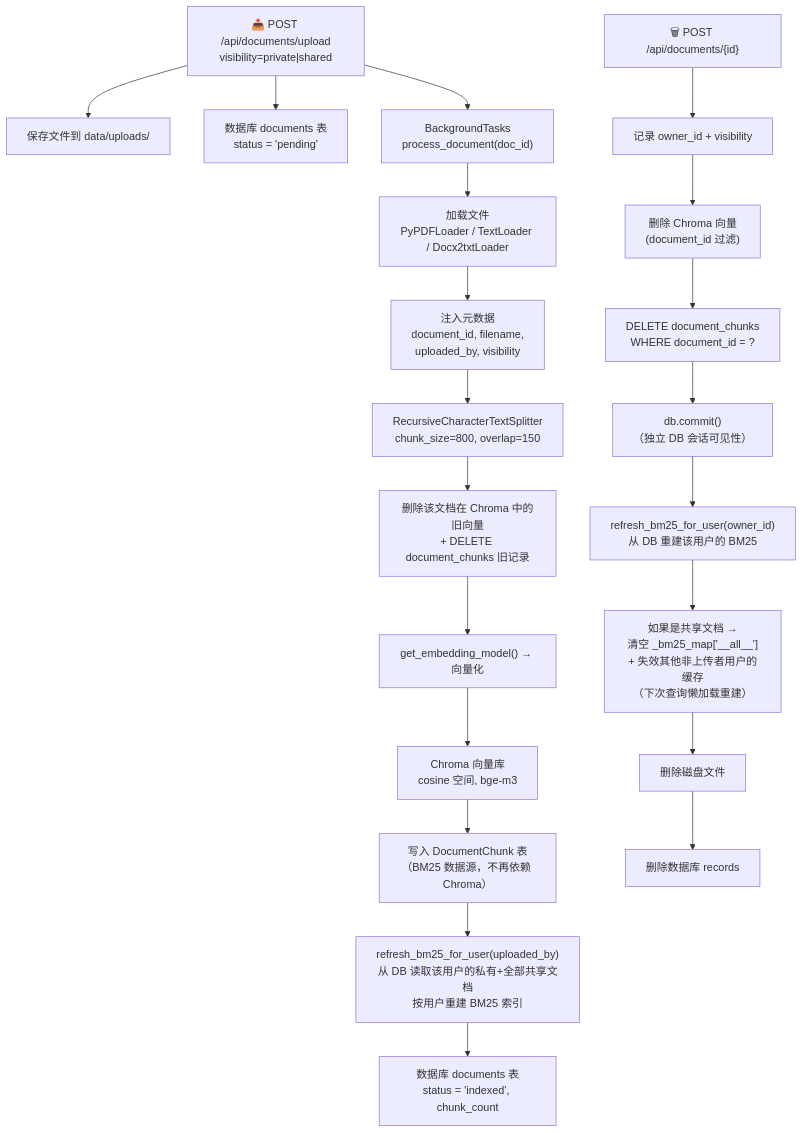
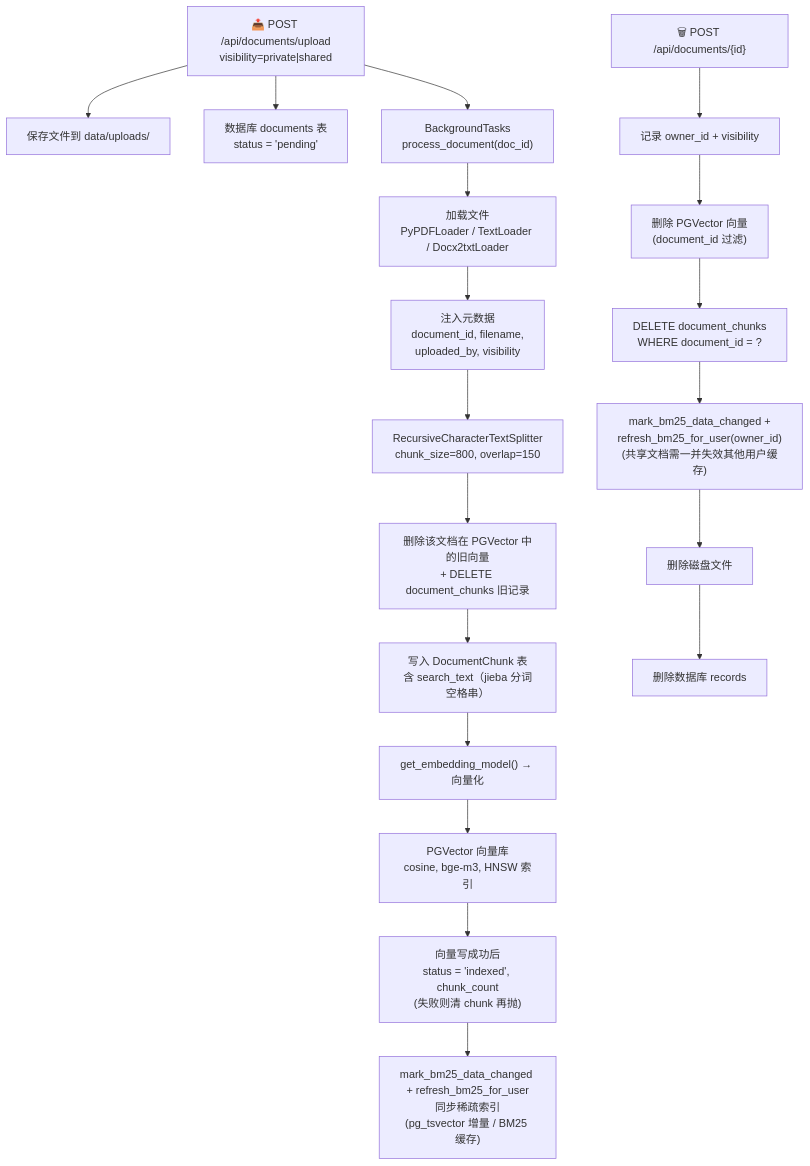
One commit to zqc1661586344/zz-demand-system changed the first of 6 diagrams in docs/RAG.md. Above: the diagram before and after it, drawn with Mermaid. The commit also changed other lines of this file, not shown here.

Commit message:
修改rag流程图

````diff
--- a/docs/RAG.md
+++ b/docs/RAG.md
@@ -22,50 +22,46 @@
 ```mermaid
 flowchart TD
     Upload["📤 POST /api/documents/upload<br/>visibility=private|shared"]
     SaveDisk["保存文件到 data/uploads/"]
     DBCreate["数据库 documents 表<br/>status = 'pending'"]
     BGTask["BackgroundTasks<br/>process_document(doc_id)"]
     Load["加载文件<br/>PyPDFLoader / TextLoader / Docx2txtLoader"]
     Meta["注入元数据<br/>document_id, filename,<br/>uploaded_by, visibility"]
     Split["RecursiveCharacterTextSplitter<br/>chunk_size=800, overlap=150"]
-    CleanOld["删除该文档在 Chroma 中的旧向量<br/>+ DELETE document_chunks 旧记录"]
+    CleanOld["删除该文档在 PGVector 中的旧向量<br/>+ DELETE document_chunks 旧记录"]
+    ChunkDB["写入 DocumentChunk 表<br/>含 search_text（jieba 分词空格串）"]
     Embed["get_embedding_model() → 向量化"]
-    Chroma["Chroma 向量库<br/>cosine 空间, bge-m3"]
-    ChunkDB["写入 DocumentChunk 表<br/>（BM25 数据源，不再依赖 Chroma）"]
-    BM25Build["refresh_bm25_for_user(uploaded_by)<br/>从 DB 读取该用户的私有+全部共享文档<br/>按用户重建 BM25 索引"]
-    DBUpdate["数据库 documents 表<br/>status = 'indexed', chunk_count"]
+    PGVector["PGVector 向量库<br/>cosine, bge-m3, HNSW 索引"]
+    StatusIndexed["向量写成功后<br/>status = 'indexed', chunk_count<br/>(失败则清 chunk 再抛)"]
+    SparseSync["mark_bm25_data_changed + refresh_bm25_for_user<br/>同步稀疏索引<br/>(pg_tsvector 增量 / BM25 缓存)"]
 
     Delete["🗑 POST /api/documents/{id}"]
     DeleteGetOwner["记录 owner_id + visibility"]
-    DeleteChroma["删除 Chroma 向量<br/>(document_id 过滤)"]
+    DeletePGVector["删除 PGVector 向量<br/>(document_id 过滤)"]
     DeleteChunk["DELETE document_chunks<br/>WHERE document_id = ?"]
-    DeleteCommit["db.commit()<br/>（独立 DB 会话可见性）"]
-    DeleteBM25["refresh_bm25_for_user(owner_id)<br/>从 DB 重建该用户的 BM25"]
-    DeleteShared["如果是共享文档 →<br/>清空 _bm25_map['__all__']<br/>+ 失效其他非上传者用户的缓存<br/>（下次查询懒加载重建）"]
+    DeleteSparse["mark_bm25_data_changed +<br/>refresh_bm25_for_user(owner_id)<br/>(共享文档需一并失效其他用户缓存)"]
     DeleteFile["删除磁盘文件"]
     DeleteDB["删除数据库 records"]
 
     %% 上传流程
     Upload --> SaveDisk
     Upload --> DBCreate
     Upload --> BGTask
     BGTask --> Load
     Load --> Meta
     Meta --> Split
     Split --> CleanOld
-    CleanOld --> Embed
-    Embed --> Chroma
-    Chroma --> ChunkDB
-    ChunkDB --> BM25Build
-    BM25Build --> DBUpdate
+    CleanOld --> ChunkDB
+    ChunkDB --> Embed
+    Embed --> PGVector
+    PGVector --> StatusIndexed
+    StatusIndexed --> SparseSync
 
     %% 删除流程
     Delete --> DeleteGetOwner
-    DeleteGetOwner --> DeleteChroma
-    DeleteChroma --> DeleteChunk
-    DeleteChunk --> DeleteCommit
-    DeleteCommit --> DeleteBM25
-    DeleteBM25 --> DeleteShared
-    DeleteShared --> DeleteFile
+    DeleteGetOwner --> DeletePGVector
+    DeletePGVector --> DeleteChunk
+    DeleteChunk --> DeleteSparse
+    DeleteSparse --> DeleteFile
     DeleteFile --> DeleteDB
 ```
````
